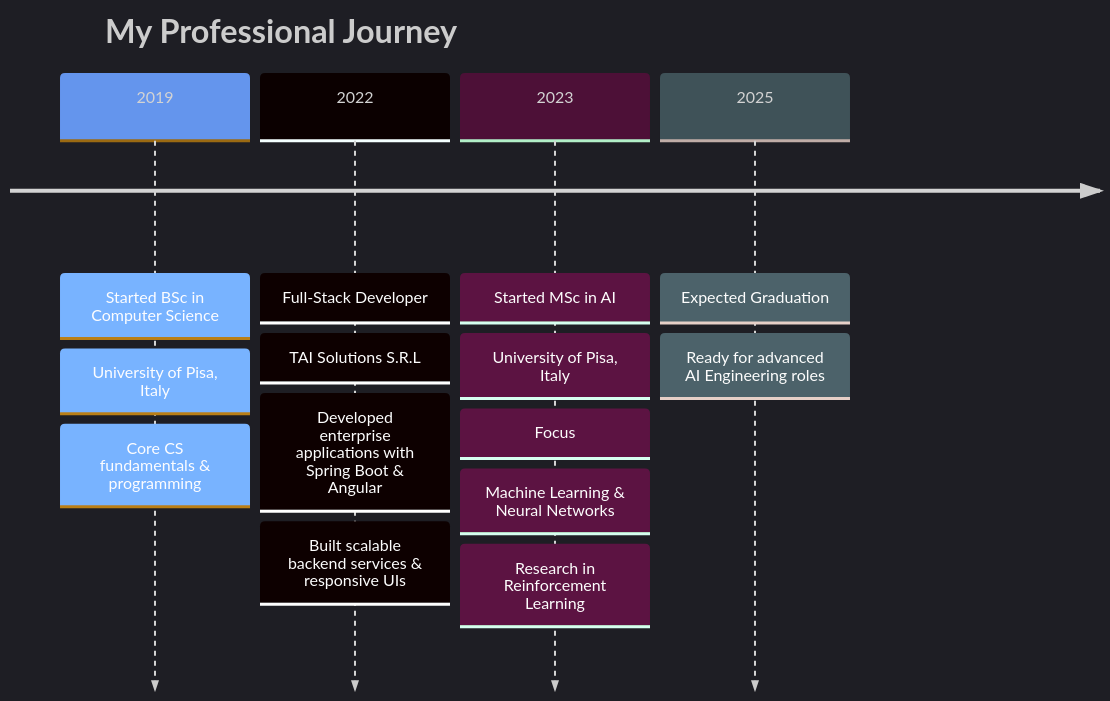
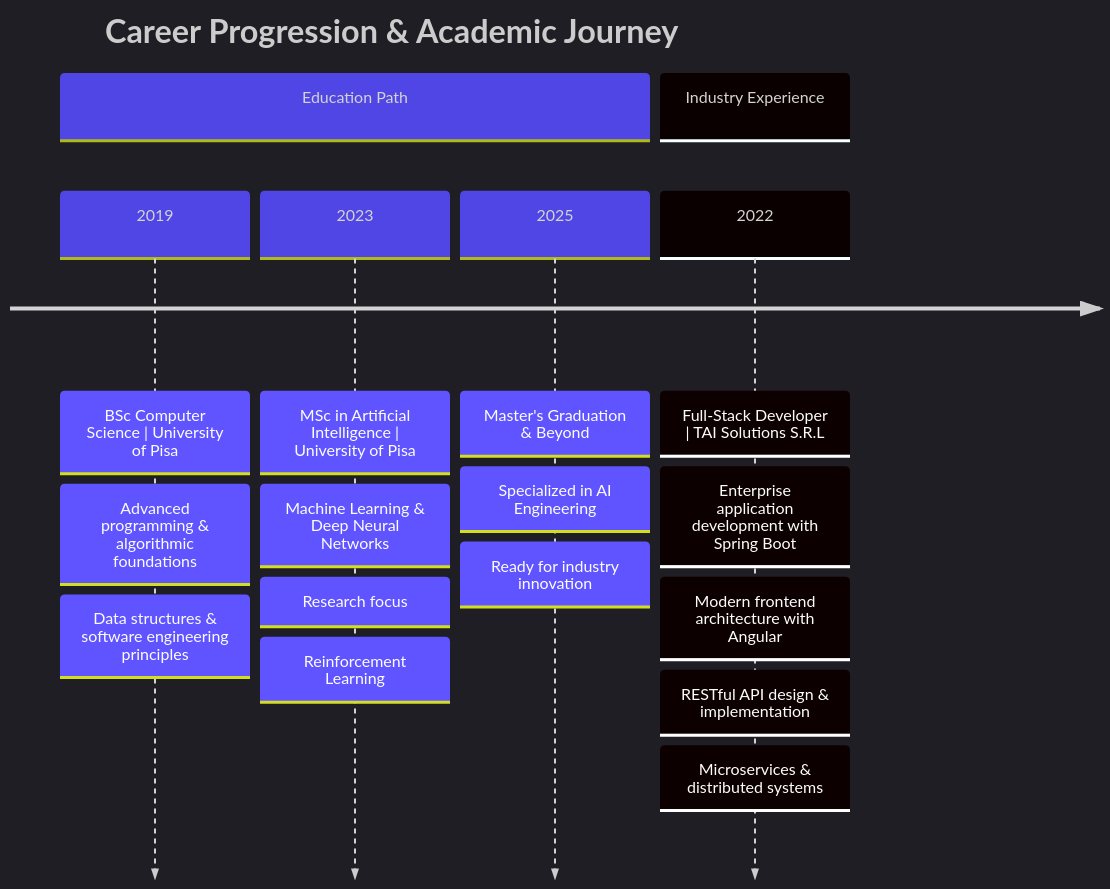
Before and after one commit to lesi-nedo/lesi-nedo: the diagram in README.md, drawn with Mermaid. The commit also changed other lines of this file and 41 other files, not shown here.

````diff
--- a/README.md
+++ b/README.md
@@ -207,18 +125,21 @@
 ```mermaid
-%%{init: {'theme': 'dark', 'themeVariables': { 'primaryColor': '#6495ED', 'primaryTextColor': '#fff', 'primaryBorderColor': '#6495ED', 'lineColor': '#F8B229', 'secondaryColor': '#006100', 'tertiaryColor': '#444444' }}}%%
+%%{init: {'theme': 'dark', 'themeVariables': { 'primaryColor': '#4f46e5', 'primaryTextColor': '#f8fafc', 'primaryBorderColor': '#4f46e5', 'lineColor': '#06b6d4', 'secondaryColor': '#818cf8', 'tertiaryColor': '#0f172a', 'nodeBorder': '#4f46e5' }}}%%
 timeline
-    title My Professional Journey
-    2019 : Started BSc in Computer Science
-         : University of Pisa, Italy
-         : Core CS fundamentals & programming
-    2022 : Full-Stack Developer
-         : TAI Solutions S.R.L
-         : Developed enterprise applications with Spring Boot & Angular
-         : Built scalable backend services & responsive UIs
-    2023 : Started MSc in AI
-         : University of Pisa, Italy
-         : Focus: Machine Learning & Neural Networks
-         : Research in Reinforcement Learning
-    2025 : Expected Graduation
-         : Ready for advanced AI Engineering roles
+    title Career Progression & Academic Journey
+    section Education Path
+        2019 : BSc Computer Science | University of Pisa
+             : Advanced programming & algorithmic foundations
+             : Data structures & software engineering principles
+        2023 : MSc in Artificial Intelligence | University of Pisa
+             : Machine Learning & Deep Neural Networks
+             : Research focus: Reinforcement Learning
+        2025 : Master's Graduation & Beyond
+             : Specialized in AI Engineering
+             : Ready for industry innovation
+    section Industry Experience
+        2022 : Full-Stack Developer | TAI Solutions S.R.L
+             : Enterprise application development with Spring Boot
+             : Modern frontend architecture with Angular
+             : RESTful API design & implementation
+             : Microservices & distributed systems
 ```
````
